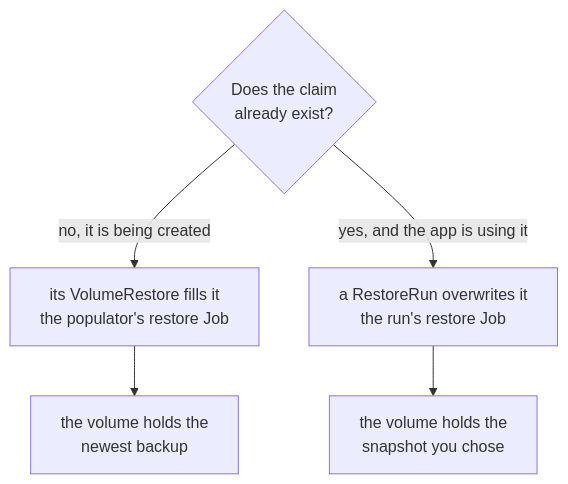
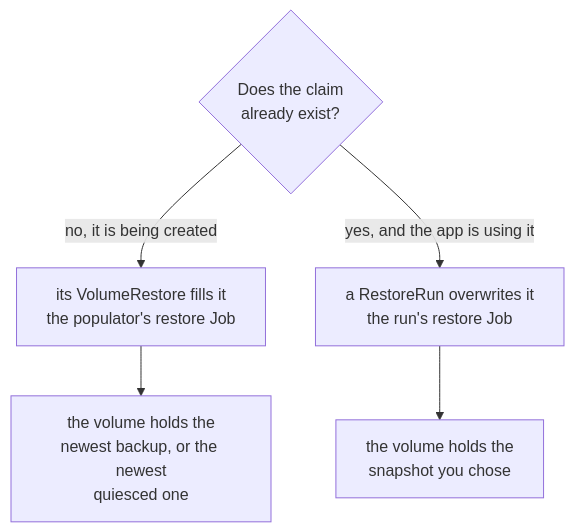
The first of 3 diagrams in docs/restores.md (walzen-group/backup-controller), drawn with Mermaid before and after one commit. The commit also changed other lines of this file and 17 other files, not shown here.

First line of the commit message:
feat: an automatic restore comes back to one quiesced moment

````diff
--- a/docs/restores.md
+++ b/docs/restores.md
@@ -17,9 +17,9 @@
 ```mermaid
 flowchart TD
     Q{"Does the claim<br/>already exist?"}
     Q -- "no, it is being created" --> P["its VolumeRestore fills it<br/>the populator's restore Job"]
     Q -- "yes, and the app is using it" --> D["a RestoreRun overwrites it<br/>the run's restore Job"]
 
-    P --> P1["the volume holds the<br/>newest backup"]
+    P --> P1["the volume holds the<br/>newest backup, or the newest<br/>quiesced one"]
     D --> D1["the volume holds the<br/>snapshot you chose"]
 ```
````
